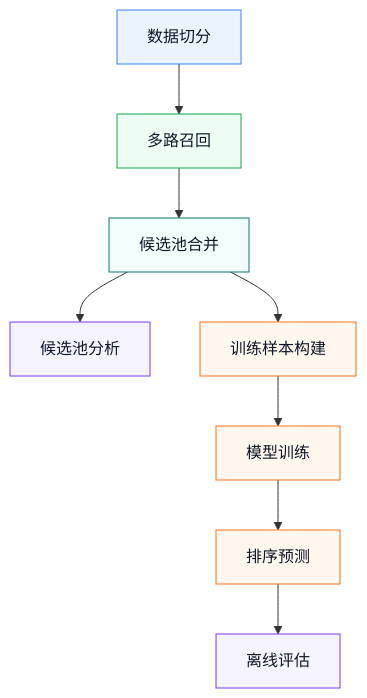
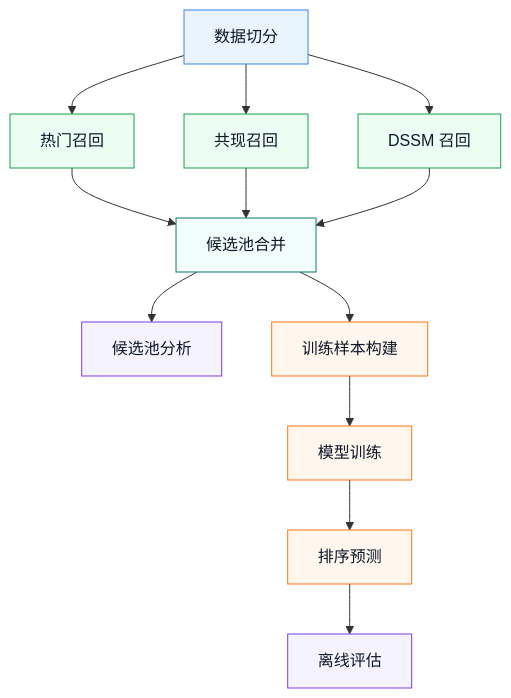
One commit to wbn11/otto-recommender-system changed the first of 2 diagrams in reports/architecture.md. Above: the diagram before and after it, drawn with Mermaid. The commit also changed other lines of this file and 1 other file, not shown here.

Commit message:
docs: refine workflow diagrams

````diff
--- a/reports/architecture.md
+++ b/reports/architecture.md
@@ -29,22 +29,26 @@
 ```mermaid
 flowchart TD
-    A["数据切分"] --> B["多路召回"]
-    B --> C["候选池合并"]
+    A["数据切分"] --> B1["热门召回"]
+    A --> B2["共现召回"]
+    A --> B3["DSSM 召回"]
+    B1 --> C["候选池合并"]
+    B2 --> C
+    B3 --> C
     C --> D["候选池分析"]
     C --> E["训练样本构建"]
     E --> F["模型训练"]
     F --> G["排序预测"]
     G --> H["离线评估"]
 
     classDef data fill:#eaf4ff,stroke:#3b82f6,color:#0f172a;
     classDef recall fill:#ecfdf3,stroke:#16a34a,color:#0f172a;
     classDef candidate fill:#f0fdfa,stroke:#0f766e,color:#0f172a;
     classDef rank fill:#fff7ed,stroke:#f97316,color:#0f172a;
     classDef eval fill:#f5f3ff,stroke:#7c3aed,color:#0f172a;
 
     class A data;
-    class B recall;
+    class B1,B2,B3 recall;
     class C candidate;
     class E,F,G rank;
     class D,H eval;
 ```
````
